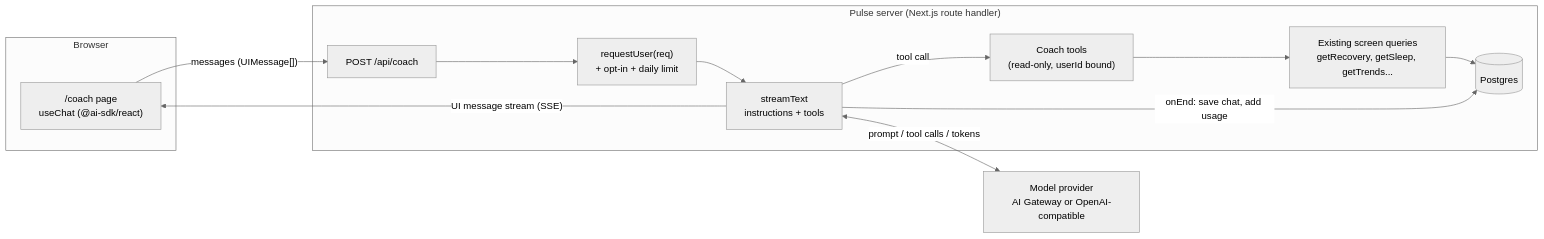
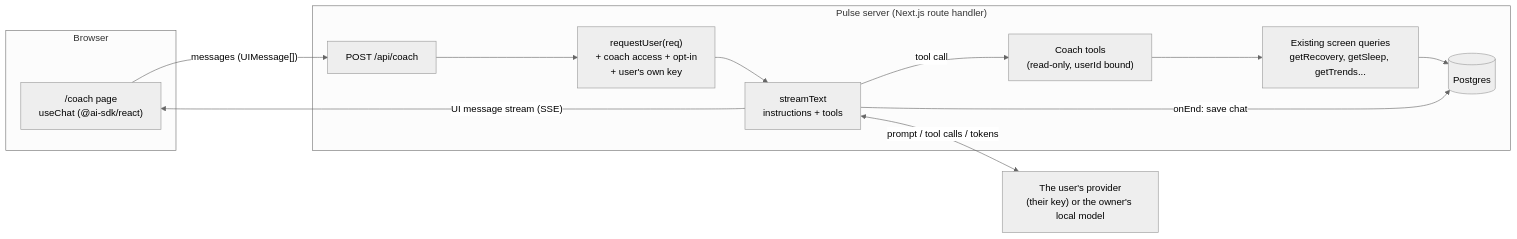
One commit to Ajamuar/pulse changed the first of 5 diagrams in docs/plans/2026-10-04-005-feat-ai-coach.md. Above: the diagram before and after it, drawn with Mermaid (neutral theme). The commit also changed other lines of this file and 54 other files, not shown here.

````diff
--- a/docs/plans/2026-10-04-005-feat-ai-coach.md
+++ b/docs/plans/2026-10-04-005-feat-ai-coach.md
@@ -43,21 +48,21 @@
 ```mermaid
 flowchart LR
   subgraph Browser
     UI["/coach page<br/>useChat (@ai-sdk/react)"]
   end
   subgraph "Pulse server (Next.js route handler)"
     R["POST /api/coach"]
-    A["requestUser(req)<br/>+ opt-in + daily limit"]
+    A["requestUser(req)<br/>+ coach access + opt-in<br/>+ user's own key"]
     S["streamText<br/>instructions + tools"]
     T["Coach tools<br/>(read-only, userId bound)"]
     Q["Existing screen queries<br/>getRecovery, getSleep, getTrends..."]
     DB[(Postgres)]
   end
-  M["Model provider<br/>AI Gateway or OpenAI-compatible"]
+  M["The user's provider<br/>(their key) or the owner's local model"]
 
   UI -- "messages (UIMessage[])" --> R --> A --> S
   S <-- "prompt / tool calls / tokens" --> M
   S -- "tool call" --> T --> Q --> DB
   S -- "UI message stream (SSE)" --> UI
-  S -- "onEnd: save chat, add usage" --> DB
+  S -- "onEnd: save chat" --> DB
 ```
````
